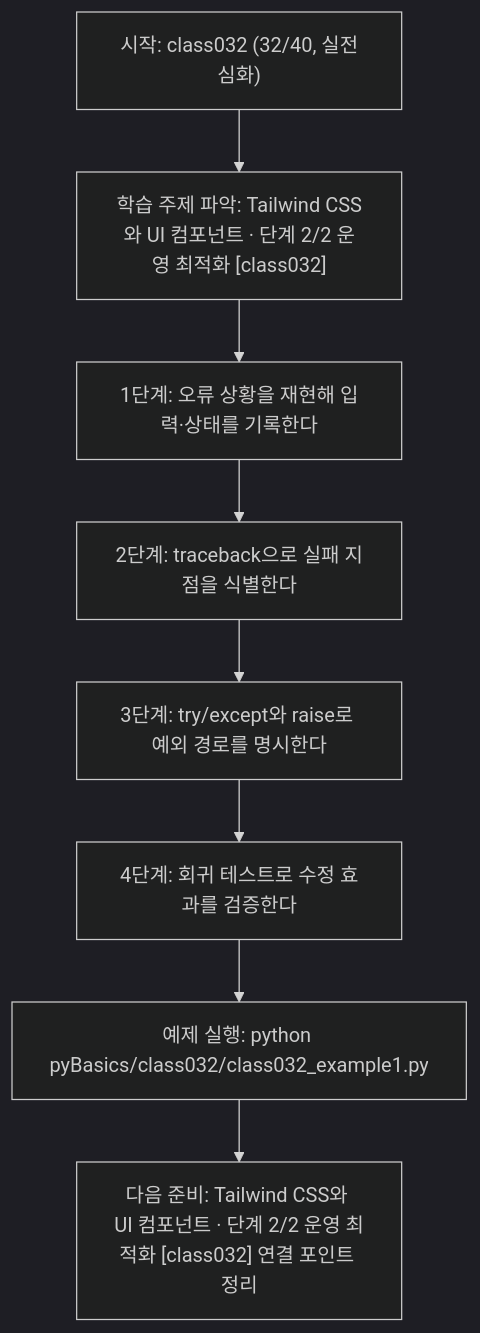
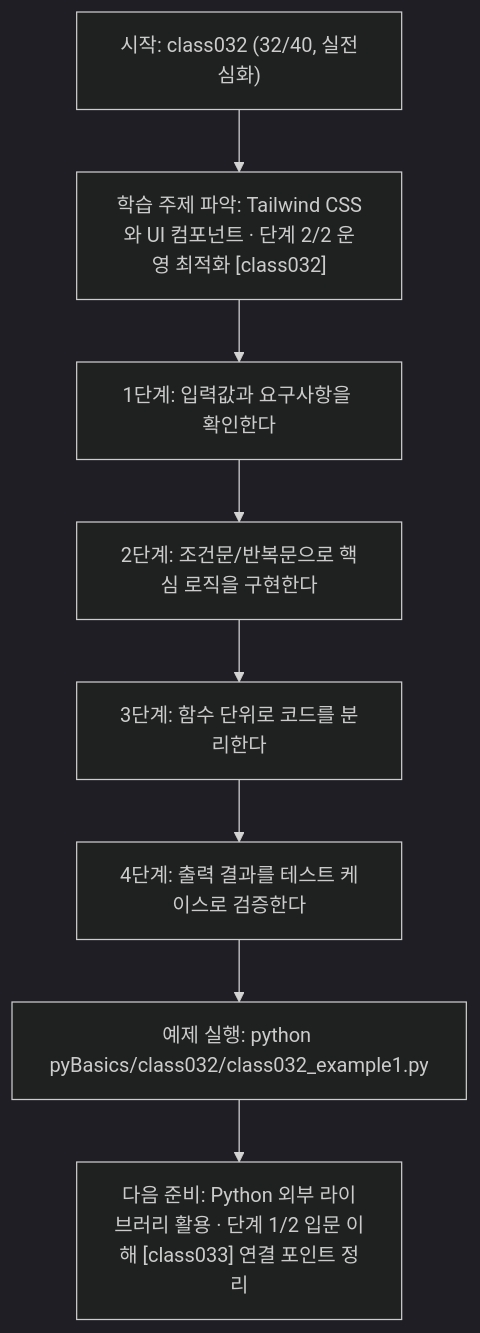
Before and after one commit to edumgt/Python-AI_Agent-Class: the diagram in pyBasics/class032/class032.md, drawn with Mermaid (dark theme). The commit also changed other lines of this file and 2370 other files, not shown here.

````diff
--- a/pyBasics/class032/class032.md
+++ b/pyBasics/class032/class032.md
@@ -108,18 +91,18 @@
 ```mermaid
 flowchart TD
 N1["시작: class032 (32/40, 실전심화)"]
 N2["학습 주제 파악: Tailwind CSS와 UI 컴포넌트 · 단계 2/2 운영 최적화 [class032]"]
-N3["1단계: 오류 상황을 재현해 입력·상태를 기록한다"]
-N4["2단계: traceback으로 실패 지점을 식별한다"]
-N5["3단계: try/except와 raise로 예외 경로를 명시한다"]
-N6["4단계: 회귀 테스트로 수정 효과를 검증한다"]
+N3["1단계: 입력값과 요구사항을 확인한다"]
+N4["2단계: 조건문/반복문으로 핵심 로직을 구현한다"]
+N5["3단계: 함수 단위로 코드를 분리한다"]
+N6["4단계: 출력 결과를 테스트 케이스로 검증한다"]
 N7["예제 실행: python pyBasics/class032/class032_example1.py"]
-N8["다음 준비: Tailwind CSS와 UI 컴포넌트 · 단계 2/2 운영 최적화 [class032] 연결 포인트 정리"]
+N8["다음 준비: Python 외부 라이브러리 활용 · 단계 1/2 입문 이해 [class033] 연결 포인트 정리"]
 N1 --> N2
 N2 --> N3
 N3 --> N4
 N4 --> N5
 N5 --> N6
 N6 --> N7
 N7 --> N8
 ```
````
